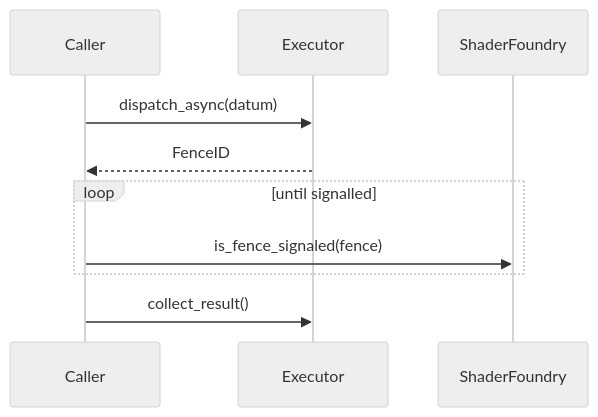
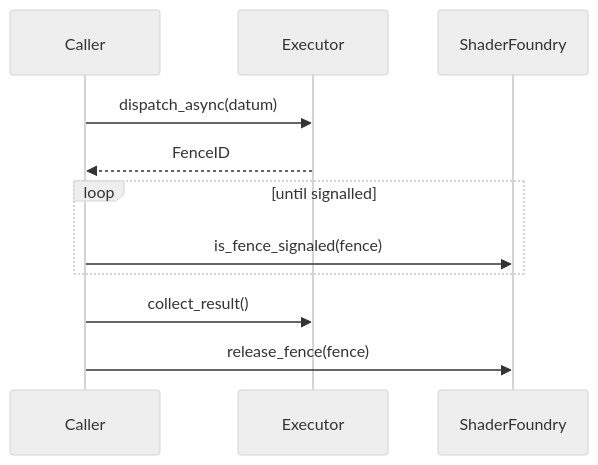
The fifth of 15 diagrams in docs/GPGPU-Guide.md (MayaFlux/MayaFlux), drawn with Mermaid (neutral theme) before and after one commit. The commit also changed 3 other files, not shown here.

First line of the commit message:
docs(yantra): add diagrams across the Yantra guides

````diff
--- a/docs/GPGPU-Guide.md
+++ b/docs/GPGPU-Guide.md
@@ -369,13 +369,14 @@
 ```mermaid
 sequenceDiagram
     participant U as Caller
     participant X as Executor
     participant F as ShaderFoundry
 
     U->>X: dispatch_async(datum)
     X-->>U: FenceID
     loop until signalled
         U->>F: is_fence_signaled(fence)
     end
     U->>X: collect_result()
+    U->>F: release_fence(fence)
 ```
````
